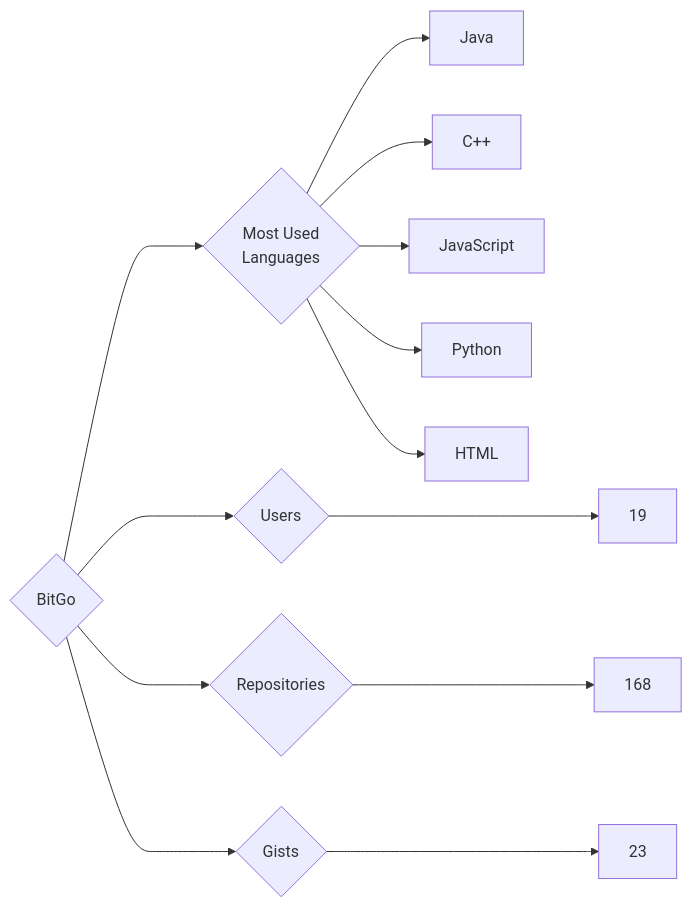
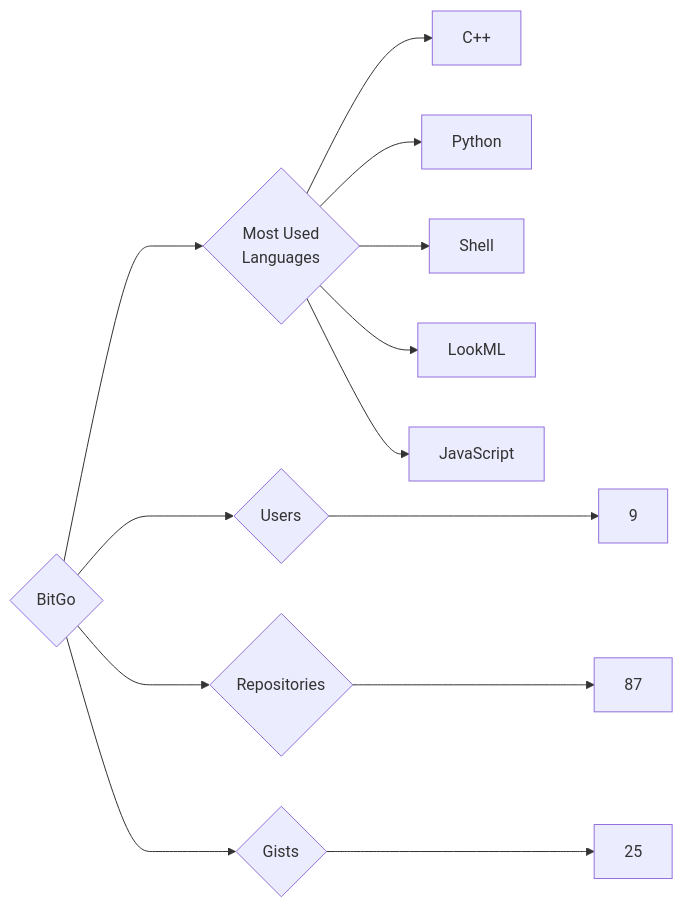
Before and after one commit to trickest/insiders: the diagram in targets/BitGo/README.md, drawn with Mermaid. The commit also changed 916 other files, not shown here.

````diff
--- a/targets/BitGo/README.md
+++ b/targets/BitGo/README.md
@@ -3,13 +3,13 @@
 ```mermaid
 graph LR
 COMPANY_NAME{BitGo}
-COMPANY_NAME ---> U{Users} ---> UN[19]
-COMPANY_NAME ---> R{Repositories} ---> RN[168]
-COMPANY_NAME ---> G{Gists} ---> GN[23]
+COMPANY_NAME ---> U{Users} ---> UN[9]
+COMPANY_NAME ---> R{Repositories} ---> RN[87]
+COMPANY_NAME ---> G{Gists} ---> GN[25]
 COMPANY_NAME ---> ML{Most Used<br>Languages}
-ML --> Java[Java]
 ML --> C++[C++]
+ML --> Python[Python]
+ML --> Shell[Shell]
+ML --> LookML[LookML]
 ML --> JavaScript[JavaScript]
-ML --> Python[Python]
-ML --> HTML[HTML]
 ```
````
